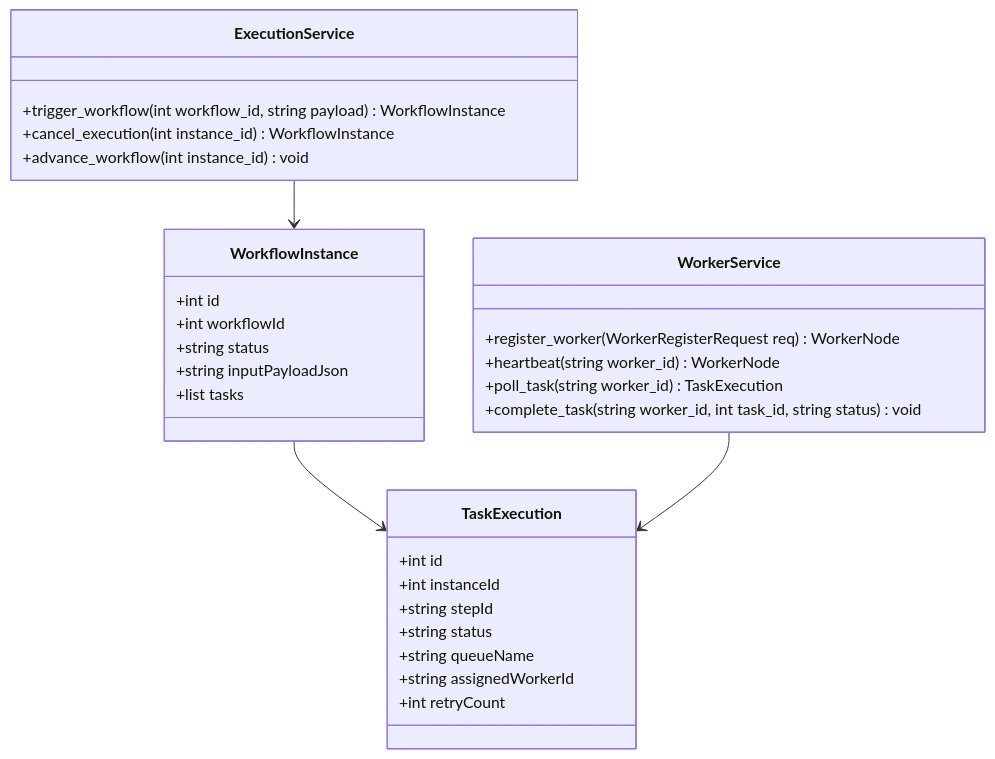
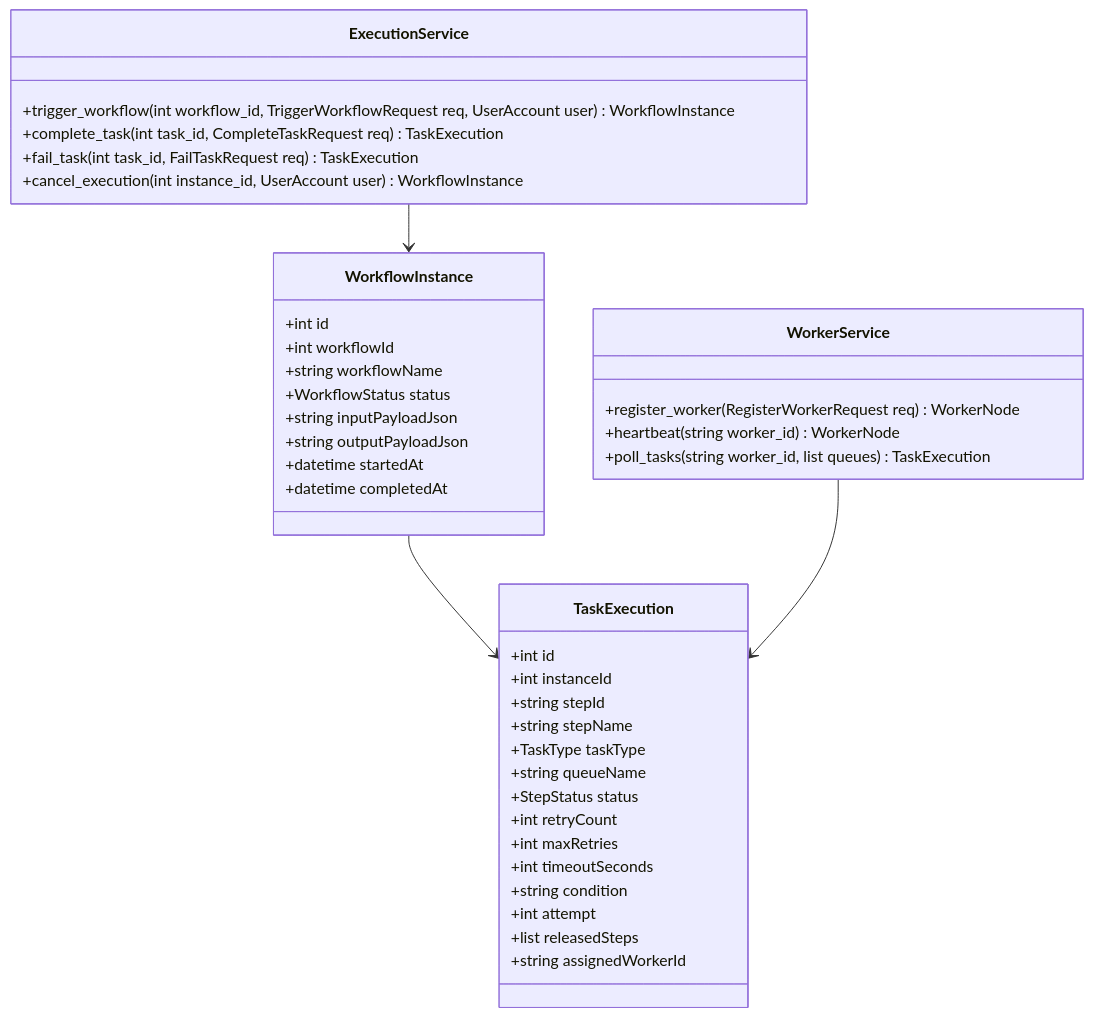
The tenth of 11 diagrams in README.md (AnCoder1310/FlowForge), drawn with Mermaid before and after one commit. The commit also changed other lines of this file and 88 other files, not shown here.

````diff
--- a/README.md
+++ b/README.md
@@ -620,39 +783,49 @@
 ```mermaid
 classDiagram
     direction TB
 
     class ExecutionService {
-        +trigger_workflow(int workflow_id, string payload) WorkflowInstance
-        +cancel_execution(int instance_id) WorkflowInstance
-        +advance_workflow(int instance_id) void
+        +trigger_workflow(int workflow_id, TriggerWorkflowRequest req, UserAccount user) WorkflowInstance
+        +complete_task(int task_id, CompleteTaskRequest req) TaskExecution
+        +fail_task(int task_id, FailTaskRequest req) TaskExecution
+        +cancel_execution(int instance_id, UserAccount user) WorkflowInstance
     }
 
     class WorkerService {
-        +register_worker(WorkerRegisterRequest req) WorkerNode
+        +register_worker(RegisterWorkerRequest req) WorkerNode
         +heartbeat(string worker_id) WorkerNode
-        +poll_task(string worker_id) TaskExecution
-        +complete_task(string worker_id, int task_id, string status) void
+        +poll_tasks(string worker_id, list queues) TaskExecution
     }
 
     class WorkflowInstance {
         +int id
         +int workflowId
-        +string status
+        +string workflowName
+        +WorkflowStatus status
         +string inputPayloadJson
-        +list tasks
+        +string outputPayloadJson
+        +datetime startedAt
+        +datetime completedAt
     }
 
     class TaskExecution {
         +int id
         +int instanceId
         +string stepId
-        +string status
+        +string stepName
+        +TaskType taskType
         +string queueName
+        +StepStatus status
+        +int retryCount
+        +int maxRetries
+        +int timeoutSeconds
+        +string condition
+        +int attempt
+        +list releasedSteps
         +string assignedWorkerId
-        +int retryCount
     }
 
     ExecutionService --> WorkflowInstance
     WorkflowInstance --> TaskExecution
     WorkerService --> TaskExecution
 ```
````
